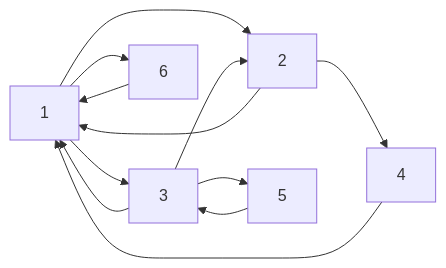
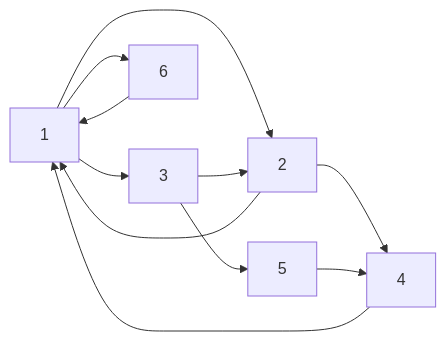
Before and after one commit to boddaert/snt: the first of 3 diagrams in seconde/Web/Moteurs_de_recherche.md, drawn with Mermaid.

````diff
--- a/seconde/Web/Moteurs_de_recherche.md
+++ b/seconde/Web/Moteurs_de_recherche.md
@@ -60,14 +60,13 @@
 ```mermaid
   graph LR;
       1-->2;
       2-->4;
       4-->1;
       3-->5;
-      5-->3;
+      5-->4;
       1-->3;
-      3-->1;
       2-->1;
       1-->6;
       6-->1;
       3-->2;
 ```
````
